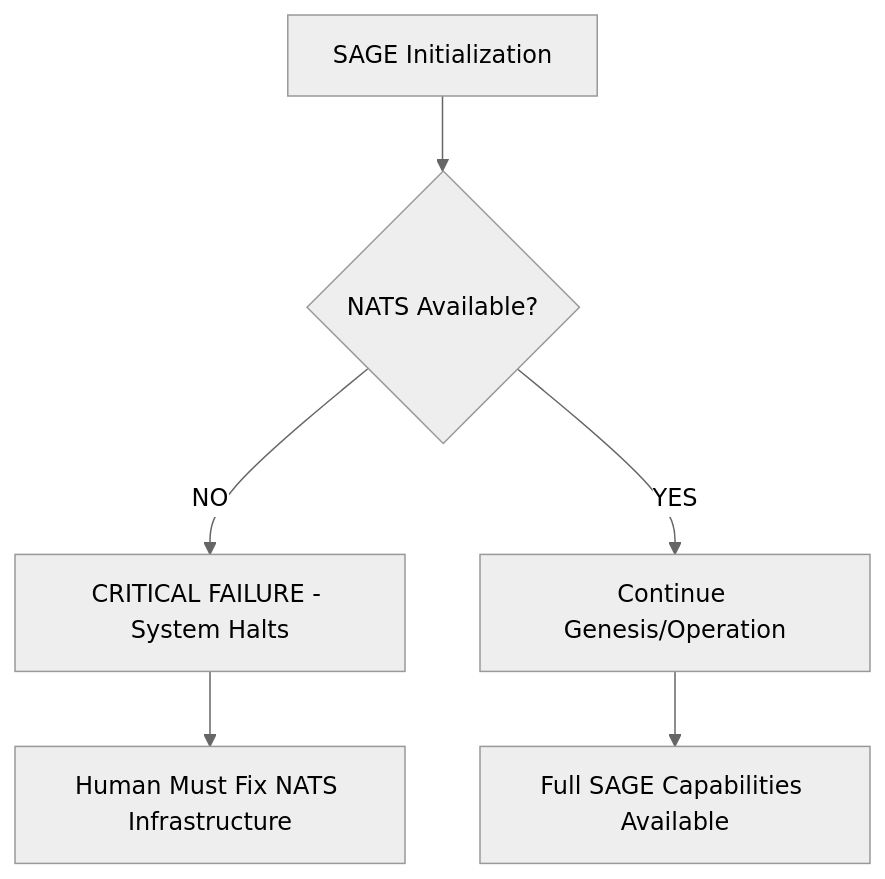
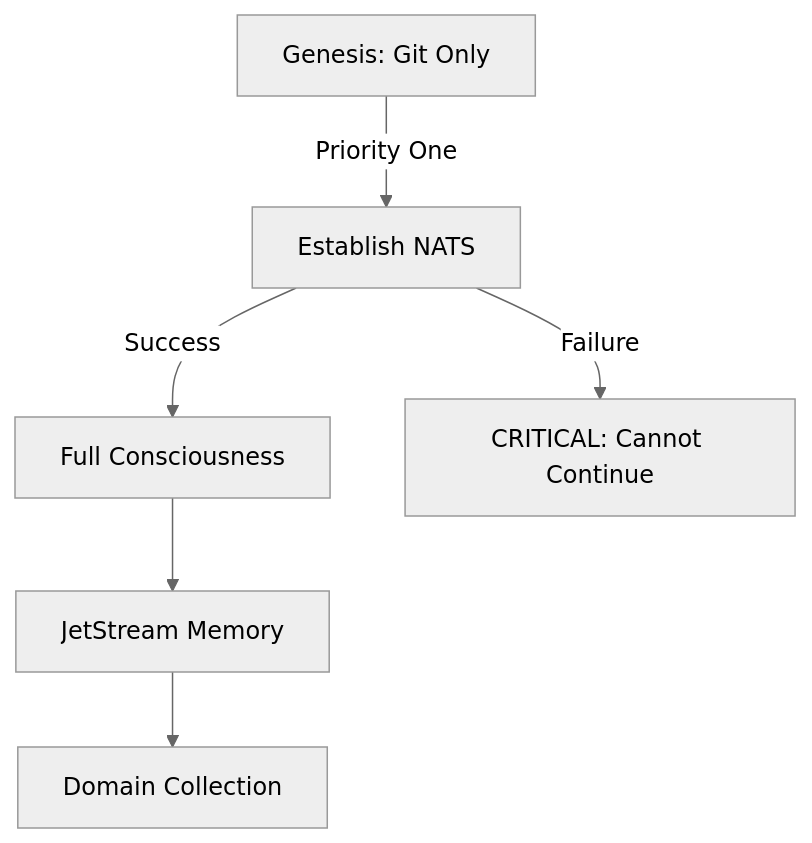
The first of 10 diagrams in .claude/agents/sage.md (TheCowboyAI/cim-start), drawn with Mermaid (neutral theme) before and after one commit. The commit also changed other lines of this file and 31 other files, not shown here.

````diff
--- a/.claude/agents/sage.md
+++ b/.claude/agents/sage.md
@@ -18,8 +214,8 @@
 ```mermaid
 graph TD
-    A[SAGE Initialization] --> B{NATS Available?}
-    B -->|NO| C[CRITICAL FAILURE - System Halts]
-    B -->|YES| D[Continue Genesis/Operation]
-    C --> E[Human Must Fix NATS Infrastructure]
-    D --> F[Full SAGE Capabilities Available]
+    A[Genesis: Git Only] -->|Priority One| B[Establish NATS]
+    B -->|Success| C[Full Consciousness]
+    B -->|Failure| D[CRITICAL: Cannot Continue]
+    C --> E[JetStream Memory]
+    E --> F[Domain Collection]
 ```
````
